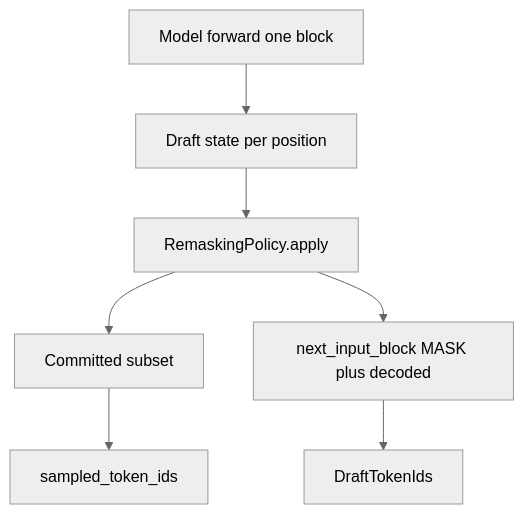
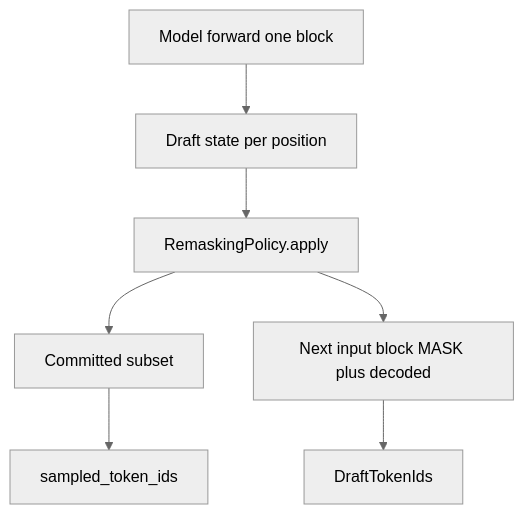
Before and after one commit to TomerG711/dllm-plugin: the fourth of 4 diagrams in docs/DESIGN_MVP.md, drawn with Mermaid (neutral theme). The commit also changed other lines of this file and 42 other files, not shown here.

````diff
--- a/docs/DESIGN_MVP.md
+++ b/docs/DESIGN_MVP.md
@@ -181,11 +170,11 @@
 ```mermaid
 flowchart TB
   Forward[Model forward one block]
   State[Draft state per position]
   Forward --> State
   State --> Policy[RemaskingPolicy.apply]
   Policy --> Committed[Committed subset]
-  Policy --> NextInput[next_input_block MASK plus decoded]
+  Policy --> NextInput[Next input block MASK plus decoded]
   Committed --> OutSched[sampled_token_ids]
   NextInput --> OutDraft[DraftTokenIds]
 ```
````
